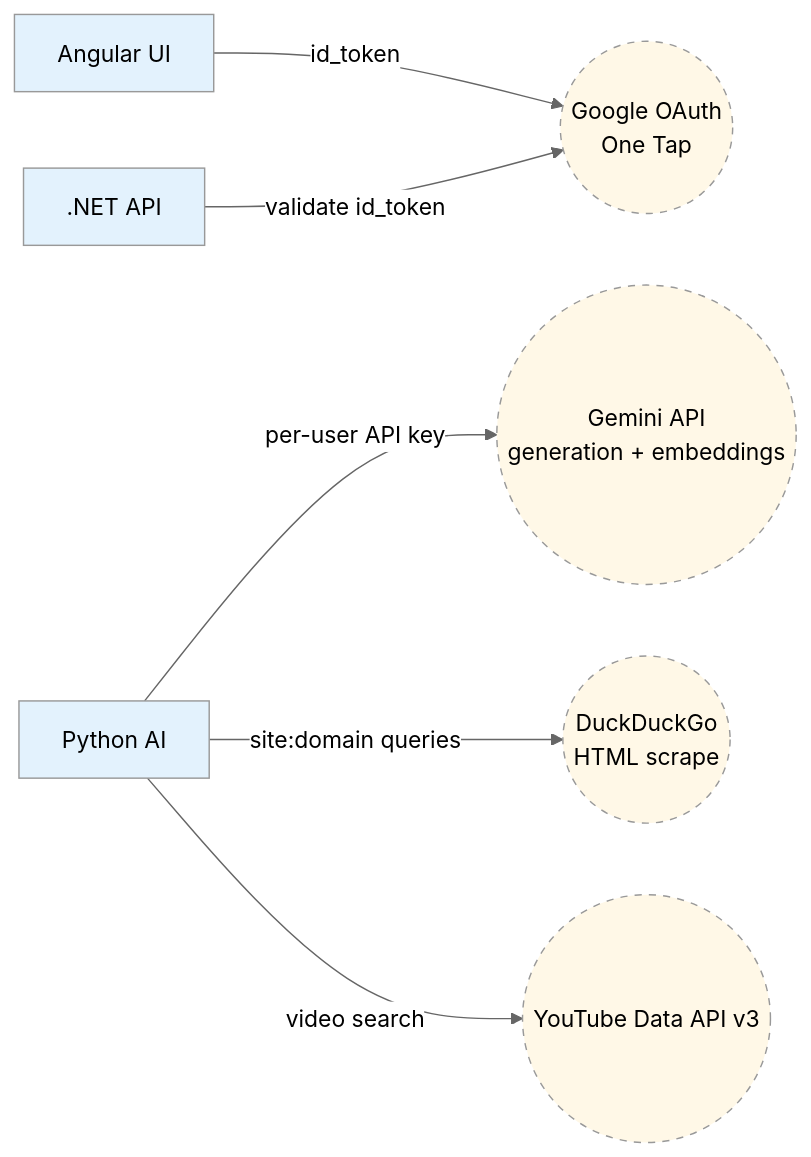
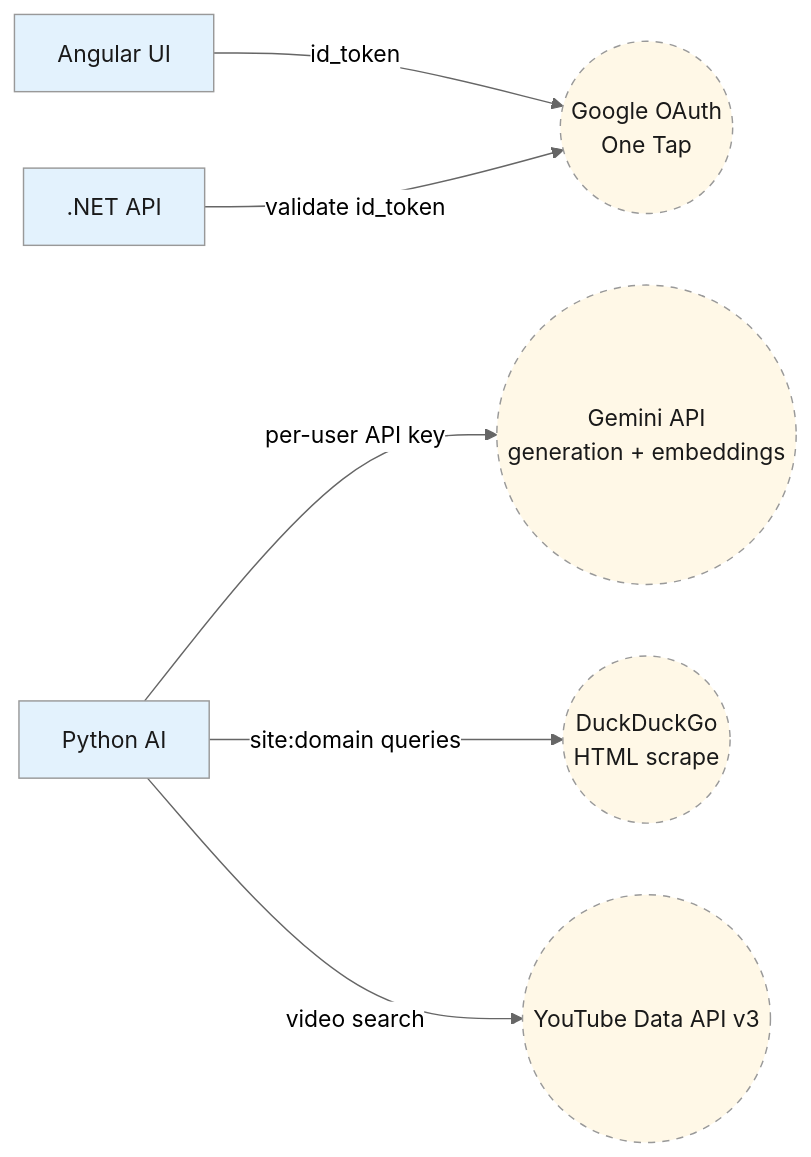
One commit to Dockdep/LessonHub changed the third of 4 diagrams in diagrams/01-cloud-architecture.md. Above: the diagram before and after it, drawn with Mermaid (neutral theme). The commit also changed other lines of this file and 26 other files, not shown here.

````diff
--- a/diagrams/01-cloud-architecture.md
+++ b/diagrams/01-cloud-architecture.md
@@ -119,20 +119,20 @@
 ```mermaid
 flowchart LR
-  classDef external stroke-dasharray: 5 5,fill:#fff8e7
-  classDef internal fill:#e3f2fd
+  classDef external stroke-dasharray: 5 5,fill:#fff8e7,color:#1a1a1a
+  classDef internal fill:#e3f2fd,color:#1a1a1a
 
   ui[Angular UI]:::internal
   api[.NET API]:::internal
   ai[Python AI]:::internal
 
   go((Google OAuth<br/>One Tap)):::external
   gem((Gemini API<br/>generation + embeddings)):::external
   ddg((DuckDuckGo<br/>HTML scrape)):::external
   yt((YouTube Data API v3)):::external
 
   ui --"id_token"--> go
   api --"validate id_token"--> go
   ai --"per-user API key"--> gem
   ai --"site:domain queries"--> ddg
   ai --"video search"--> yt
 ```
````
